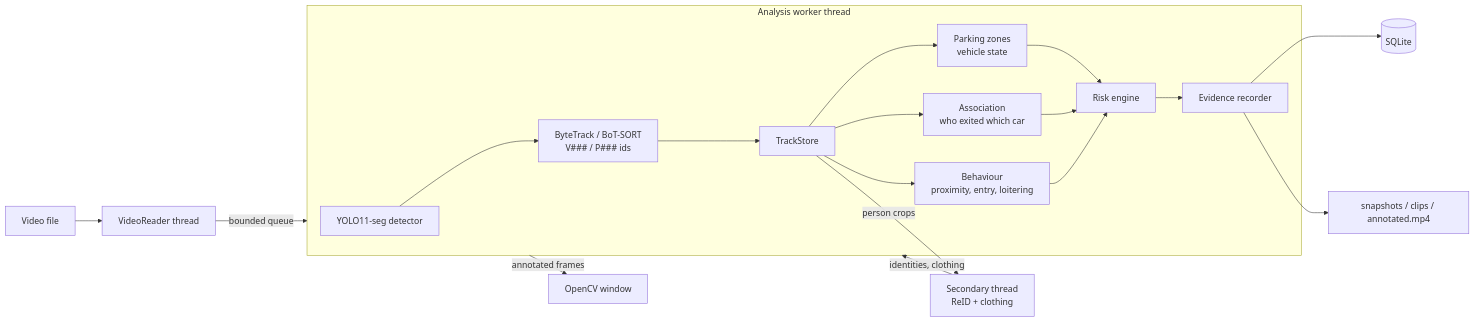
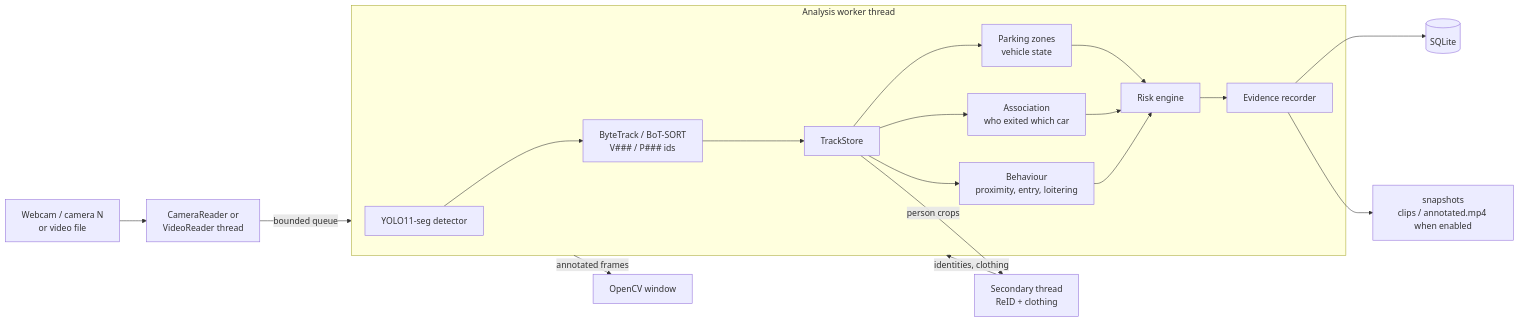
Before and after one commit to sridharshan2401/vehicle-theft-detection: the diagram in README.md, drawn with Mermaid. The commit also changed other lines of this file and 16 other files, not shown here.

````diff
--- a/README.md
+++ b/README.md
@@ -44,21 +58,21 @@
 ```mermaid
 flowchart LR
-    V[Video file] --> R[VideoReader thread]
+    V[Webcam / camera N<br/>or video file] --> R[CameraReader or<br/>VideoReader thread]
     R -- bounded queue --> W[Analysis worker]
     subgraph W[Analysis worker thread]
         D[YOLO11-seg detector] --> T[ByteTrack / BoT-SORT<br/>V### / P### ids]
         T --> S[TrackStore]
         S --> Z[Parking zones<br/>vehicle state]
         S --> A[Association<br/>who exited which car]
         S --> B[Behaviour<br/>proximity, entry, loitering]
         Z --> K[Risk engine]
         A --> K
         B --> K
         K --> E[Evidence recorder]
     end
     S -- person crops --> X[Secondary thread<br/>ReID + clothing]
     X -- identities, clothing --> W
     W -- annotated frames --> UI[OpenCV window]
     E --> DB[(SQLite)]
-    E --> F[snapshots / clips / annotated.mp4]
+    E --> F[snapshots<br/>clips / annotated.mp4 when enabled]
 ```
````
